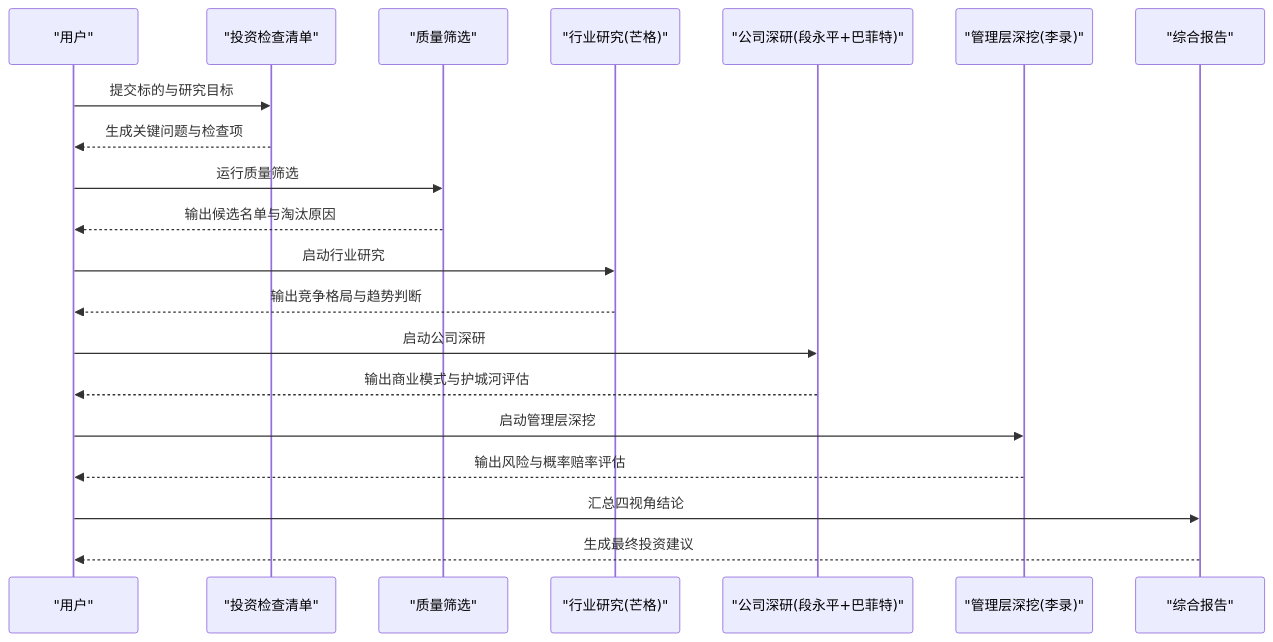
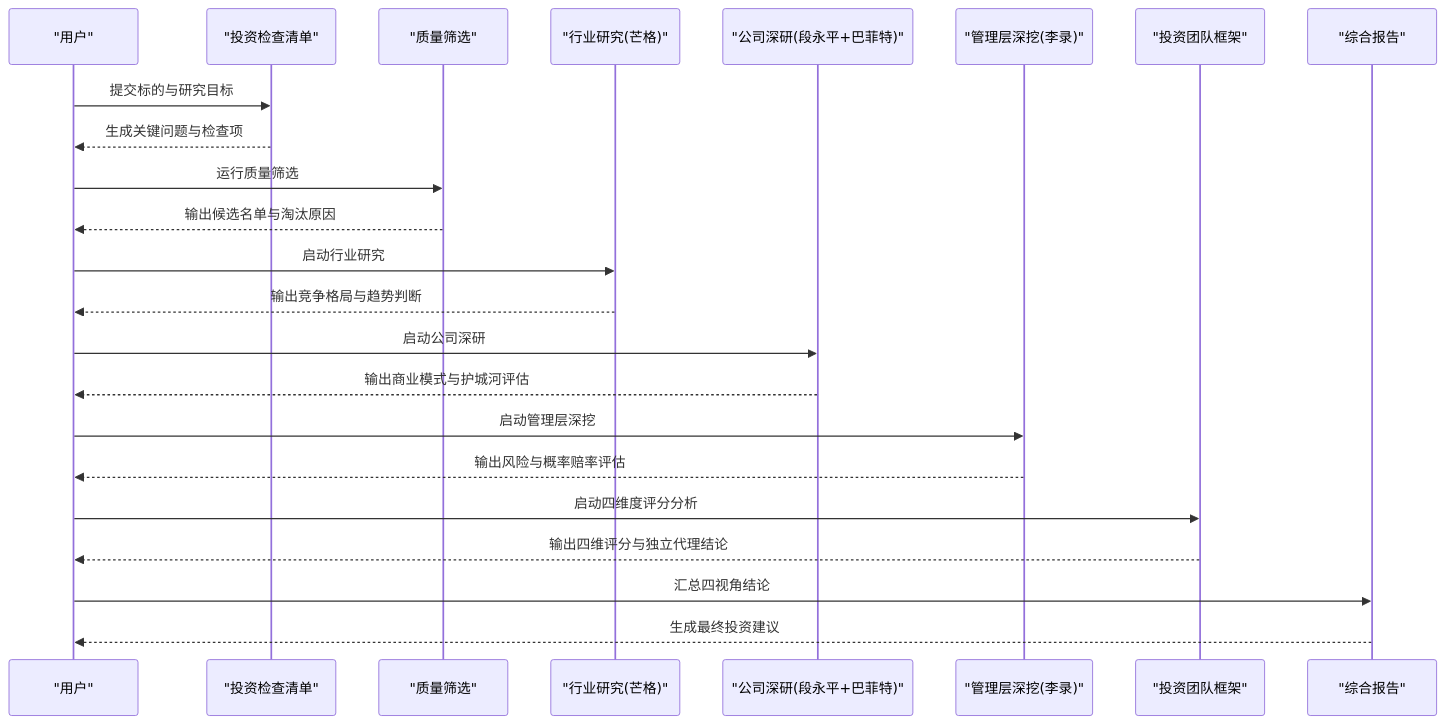
Before and after one commit to Ted-Engineer/ai-berkshire: the second of 4 diagrams in .qoder/repowiki/zh/content/投资方法论/四大师分析法详解.md, drawn with Mermaid. The commit also changed other lines of this file and 76 other files, not shown here.

````diff
--- a/.qoder/repowiki/zh/content/投资方法论/四大师分析法详解.md
+++ b/.qoder/repowiki/zh/content/投资方法论/四大师分析法详解.md
@@ -159,22 +157,25 @@
 ```mermaid
 sequenceDiagram
 participant U as "用户"
 participant C as "投资检查清单"
 participant Q as "质量筛选"
 participant I as "行业研究(芒格)"
 participant D as "公司深研(段永平+巴菲特)"
 participant M as "管理层深挖(李录)"
+participant T as "投资团队框架"
 participant R as "综合报告"
 U->>C : 提交标的与研究目标
 C-->>U : 生成关键问题与检查项
 U->>Q : 运行质量筛选
 Q-->>U : 输出候选名单与淘汰原因
 U->>I : 启动行业研究
 I-->>U : 输出竞争格局与趋势判断
 U->>D : 启动公司深研
 D-->>U : 输出商业模式与护城河评估
 U->>M : 启动管理层深挖
 M-->>U : 输出风险与概率赔率评估
+U->>T : 启动四维度评分分析
+T-->>U : 输出四维评分与独立代理结论
 U->>R : 汇总四视角结论
 R-->>U : 生成最终投资建议
 ```
````
